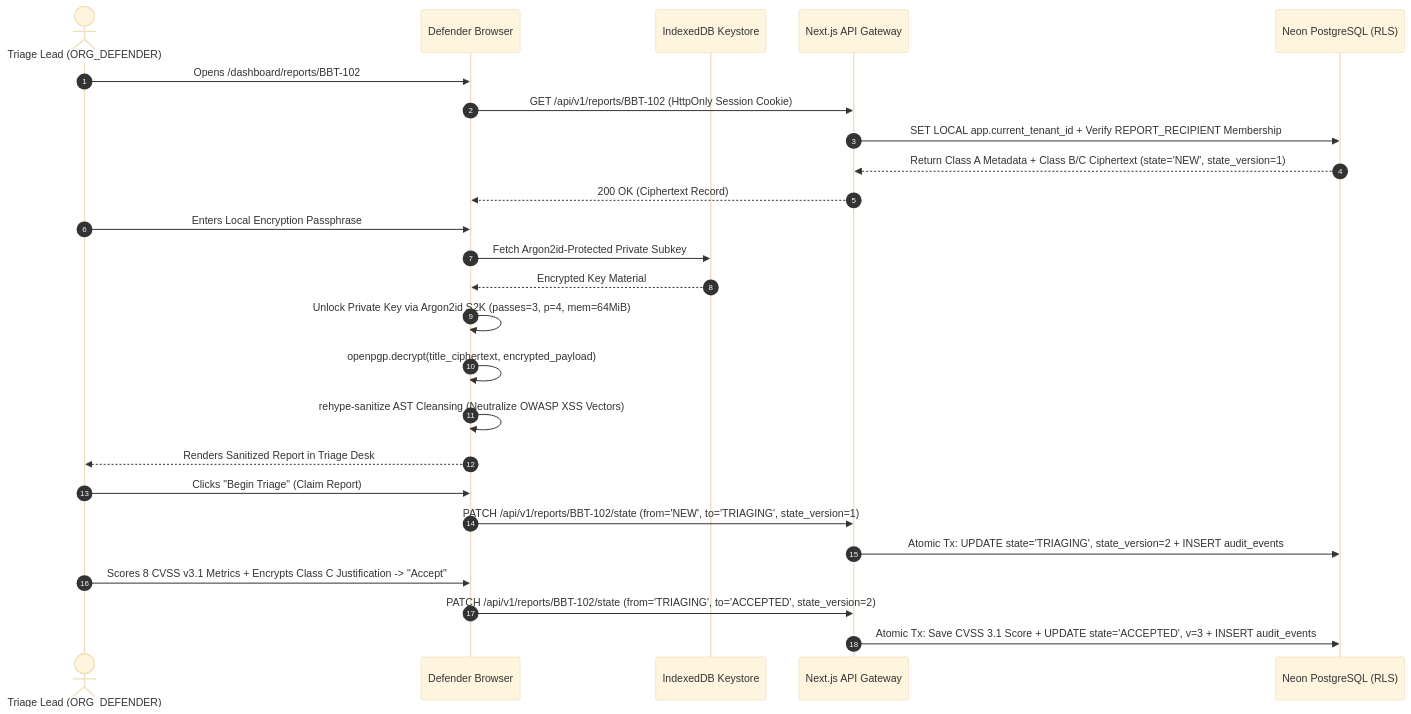
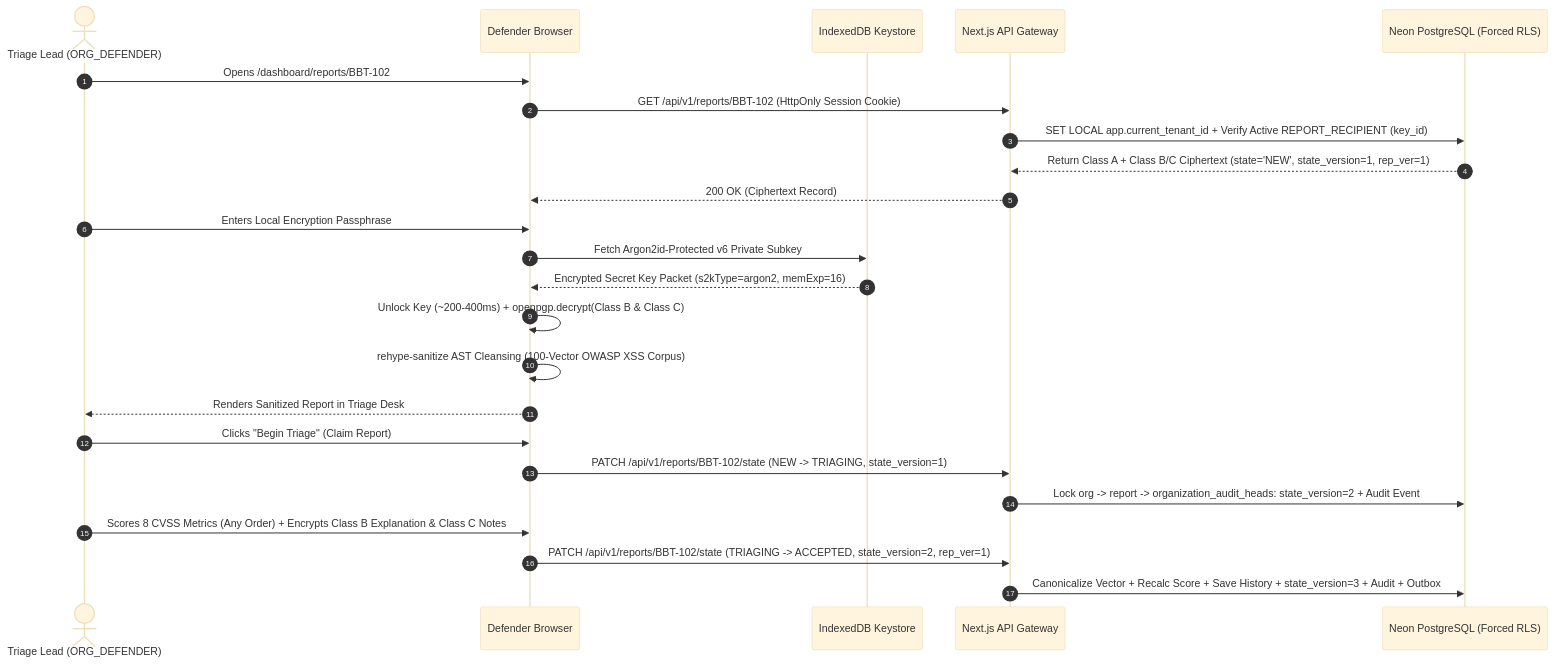
One commit to Taha-Asad/BugBountyTracker changed the diagram in requirements/diagrams/fig4_4_seq_decryption.mmd. Above: the diagram before and after it, drawn with Mermaid (base theme). The commit also changed 16 other files, not shown here.

```diff
--- a/requirements/diagrams/fig4_4_seq_decryption.mmd
+++ b/requirements/diagrams/fig4_4_seq_decryption.mmd
@@ -1,26 +1,25 @@
 sequenceDiagram
     autonumber
     actor Defender as Triage Lead (ORG_DEFENDER)
     participant Browser as Defender Browser
     participant KeyStore as IndexedDB Keystore
     participant Server as Next.js API Gateway
-    participant DB as Neon PostgreSQL (RLS)
+    participant DB as Neon PostgreSQL (Forced RLS)
 
     Defender->>Browser: Opens /dashboard/reports/BBT-102
     Browser->>Server: GET /api/v1/reports/BBT-102 (HttpOnly Session Cookie)
-    Server->>DB: SET LOCAL app.current_tenant_id + Verify REPORT_RECIPIENT Membership
-    DB-->>Server: Return Class A Metadata + Class B/C Ciphertext (state='NEW', state_version=1)
+    Server->>DB: SET LOCAL app.current_tenant_id + Verify Active REPORT_RECIPIENT (key_id)
+    DB-->>Server: Return Class A + Class B/C Ciphertext (state='NEW', state_version=1, rep_ver=1)
     Server-->>Browser: 200 OK (Ciphertext Record)
     Defender->>Browser: Enters Local Encryption Passphrase
-    Browser->>KeyStore: Fetch Argon2id-Protected Private Subkey
-    KeyStore-->>Browser: Encrypted Key Material
-    Browser->>Browser: Unlock Private Key via Argon2id S2K (passes=3, p=4, mem=64MiB)
-    Browser->>Browser: openpgp.decrypt(title_ciphertext, encrypted_payload)
-    Browser->>Browser: rehype-sanitize AST Cleansing (Neutralize OWASP XSS Vectors)
+    Browser->>KeyStore: Fetch Argon2id-Protected v6 Private Subkey
+    KeyStore-->>Browser: Encrypted Secret Key Packet (s2kType=argon2, memExp=16)
+    Browser->>Browser: Unlock Key (~200-400ms) + openpgp.decrypt(Class B & Class C)
+    Browser->>Browser: rehype-sanitize AST Cleansing (100-Vector OWASP XSS Corpus)
     Browser-->>Defender: Renders Sanitized Report in Triage Desk
     Defender->>Browser: Clicks "Begin Triage" (Claim Report)
-    Browser->>Server: PATCH /api/v1/reports/BBT-102/state (from='NEW', to='TRIAGING', state_version=1)
-    Server->>DB: Atomic Tx: UPDATE state='TRIAGING', state_version=2 + INSERT audit_events
-    Defender->>Browser: Scores 8 CVSS v3.1 Metrics + Encrypts Class C Justification -> "Accept"
-    Browser->>Server: PATCH /api/v1/reports/BBT-102/state (from='TRIAGING', to='ACCEPTED', state_version=2)
-    Server->>DB: Atomic Tx: Save CVSS 3.1 Score + UPDATE state='ACCEPTED', v=3 + INSERT audit_events
+    Browser->>Server: PATCH /api/v1/reports/BBT-102/state (NEW -> TRIAGING, state_version=1)
+    Server->>DB: Lock org -> report -> organization_audit_heads: state_version=2 + Audit Event
+    Defender->>Browser: Scores 8 CVSS Metrics (Any Order) + Encrypts Class B Explanation & Class C Notes
+    Browser->>Server: PATCH /api/v1/reports/BBT-102/state (TRIAGING -> ACCEPTED, state_version=2, rep_ver=1)
+    Server->>DB: Canonicalize Vector + Recalc Score + Save History + state_version=3 + Audit + Outbox
```
